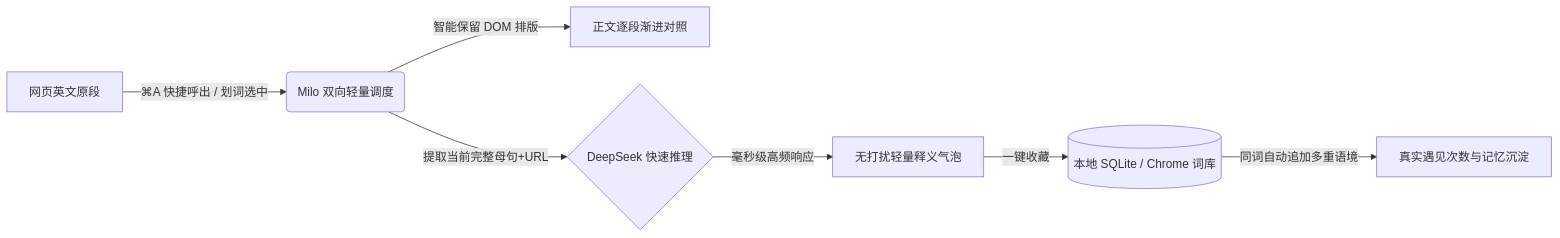
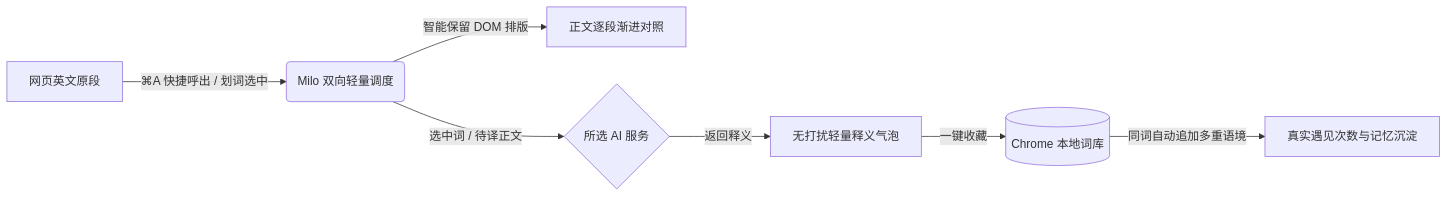
One commit to libuyi543-lang/milo-browser-extension changed the diagram in README.md. Above: the diagram before and after it, drawn with Mermaid. The commit also changed other lines of this file and 33 other files, not shown here.

Commit message:
feat: add DeepSeek GLM MiMo and MiniMax API settings

````diff
--- a/README.md
+++ b/README.md
@@ -31,9 +33,9 @@
 ```mermaid
 flowchart LR
     A[网页英文原段] -->|⌘A 快捷呼出 / 划词选中| B(Milo 双向轻量调度)
     B -->|智能保留 DOM 排版| C[正文逐段渐进对照]
-    B -->|提取当前完整母句+URL| D{DeepSeek 快速推理}
-    D -->|毫秒级高频响应| E[无打扰轻量释义气泡]
-    E -->|一键收藏| F[(本地 SQLite / Chrome 词库)]
+    B -->|选中词 / 待译正文| D{所选 AI 服务}
+    D -->|返回释义| E[无打扰轻量释义气泡]
+    E -->|一键收藏| F[(Chrome 本地词库)]
     F -->|同词自动追加多重语境| G[真实遇见次数与记忆沉淀]
 ```
````
